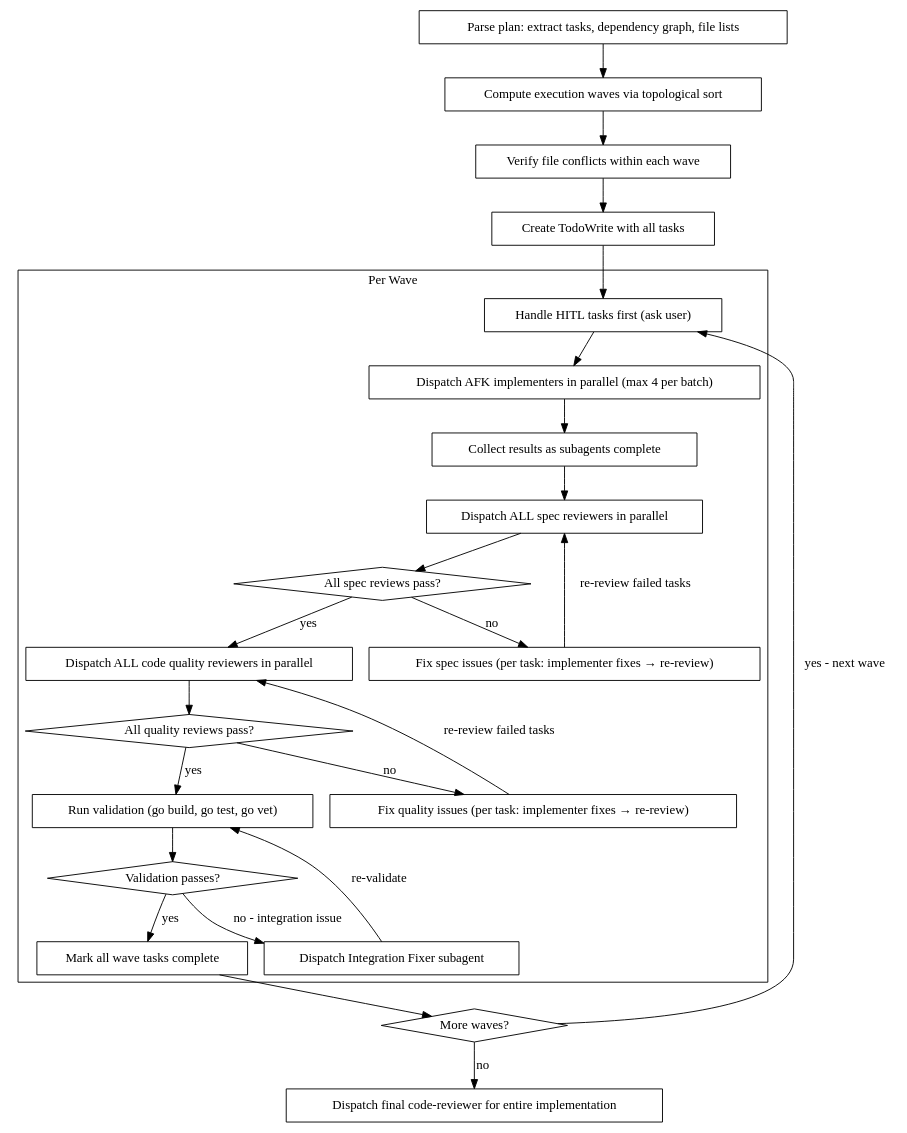
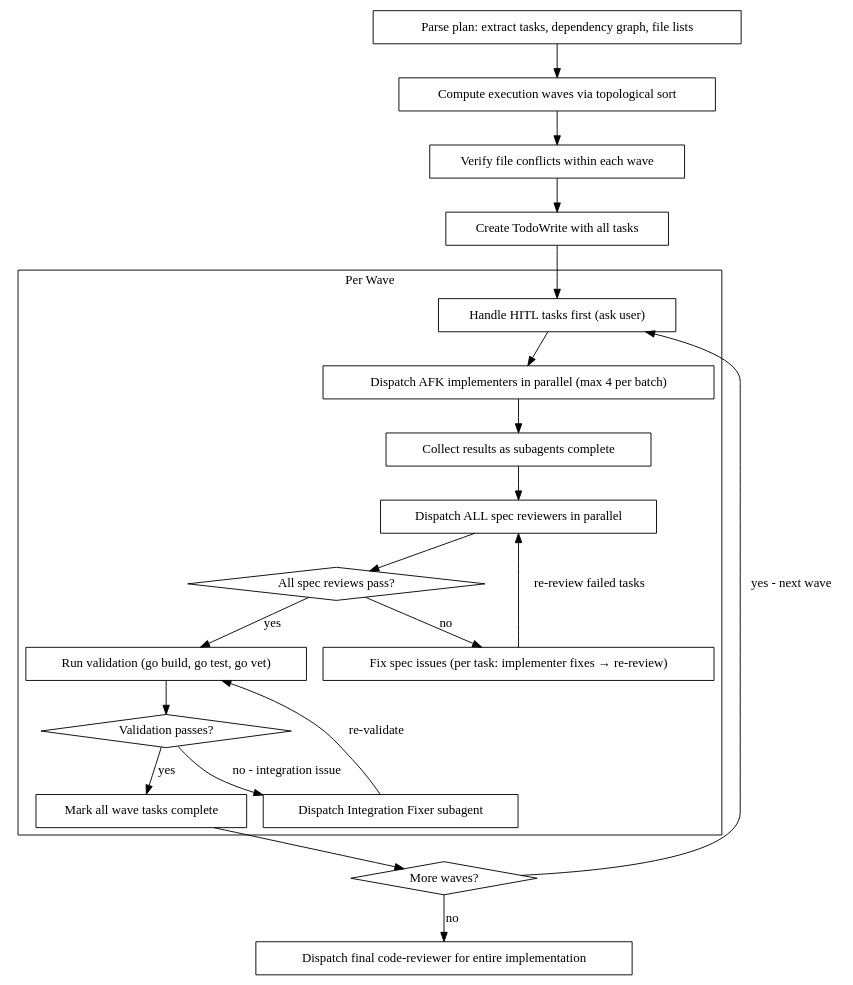
The second of 2 diagrams in .cursor/skills/subagent-driven-development/SKILL.md (zhu327/go-clean-arch), drawn with Graphviz before and after one commit. The commit also changed other lines of this file and 9 other files, not shown here.

````diff
--- a/.cursor/skills/subagent-driven-development/SKILL.md
+++ b/.cursor/skills/subagent-driven-development/SKILL.md
@@ -47,56 +38,49 @@
 ```dot
 digraph process {
     rankdir=TB;
 
     "Parse plan: extract tasks, dependency graph, file lists" [shape=box];
     "Compute execution waves via topological sort" [shape=box];
     "Verify file conflicts within each wave" [shape=box];
     "Create TodoWrite with all tasks" [shape=box];
 
     subgraph cluster_wave {
         label="Per Wave";
 
         "Handle HITL tasks first (ask user)" [shape=box];
         "Dispatch AFK implementers in parallel (max 4 per batch)" [shape=box];
         "Collect results as subagents complete" [shape=box];
         "Dispatch ALL spec reviewers in parallel" [shape=box];
         "All spec reviews pass?" [shape=diamond];
         "Fix spec issues (per task: implementer fixes → re-review)" [shape=box];
-        "Dispatch ALL code quality reviewers in parallel" [shape=box];
-        "All quality reviews pass?" [shape=diamond];
-        "Fix quality issues (per task: implementer fixes → re-review)" [shape=box];
         "Run validation (go build, go test, go vet)" [shape=box];
         "Validation passes?" [shape=diamond];
         "Dispatch Integration Fixer subagent" [shape=box];
         "Mark all wave tasks complete" [shape=box];
     }
 
     "More waves?" [shape=diamond];
     "Dispatch final code-reviewer for entire implementation" [shape=box];
 
     "Parse plan: extract tasks, dependency graph, file lists" -> "Compute execution waves via topological sort";
     "Compute execution waves via topological sort" -> "Verify file conflicts within each wave";
     "Verify file conflicts within each wave" -> "Create TodoWrite with all tasks";
     "Create TodoWrite with all tasks" -> "Handle HITL tasks first (ask user)";
 
     "Handle HITL tasks first (ask user)" -> "Dispatch AFK implementers in parallel (max 4 per batch)";
     "Dispatch AFK implementers in parallel (max 4 per batch)" -> "Collect results as subagents complete";
     "Collect results as subagents complete" -> "Dispatch ALL spec reviewers in parallel";
     "Dispatch ALL spec reviewers in parallel" -> "All spec reviews pass?";
     "All spec reviews pass?" -> "Fix spec issues (per task: implementer fixes → re-review)" [label="no"];
     "Fix spec issues (per task: implementer fixes → re-review)" -> "Dispatch ALL spec reviewers in parallel" [label="re-review failed tasks"];
-    "All spec reviews pass?" -> "Dispatch ALL code quality reviewers in parallel" [label="yes"];
-    "Dispatch ALL code quality reviewers in parallel" -> "All quality reviews pass?";
-    "All quality reviews pass?" -> "Fix quality issues (per task: implementer fixes → re-review)" [label="no"];
-    "Fix quality issues (per task: implementer fixes → re-review)" -> "Dispatch ALL code quality reviewers in parallel" [label="re-review failed tasks"];
-    "All quality reviews pass?" -> "Run validation (go build, go test, go vet)" [label="yes"];
+    "All spec reviews pass?" -> "Run validation (go build, go test, go vet)" [label="yes"];
     "Run validation (go build, go test, go vet)" -> "Validation passes?";
     "Validation passes?" -> "Mark all wave tasks complete" [label="yes"];
     "Validation passes?" -> "Dispatch Integration Fixer subagent" [label="no - integration issue"];
     "Dispatch Integration Fixer subagent" -> "Run validation (go build, go test, go vet)" [label="re-validate"];
 
     "Mark all wave tasks complete" -> "More waves?";
     "More waves?" -> "Handle HITL tasks first (ask user)" [label="yes - next wave"];
     "More waves?" -> "Dispatch final code-reviewer for entire implementation" [label="no"];
 }
 ```
````
